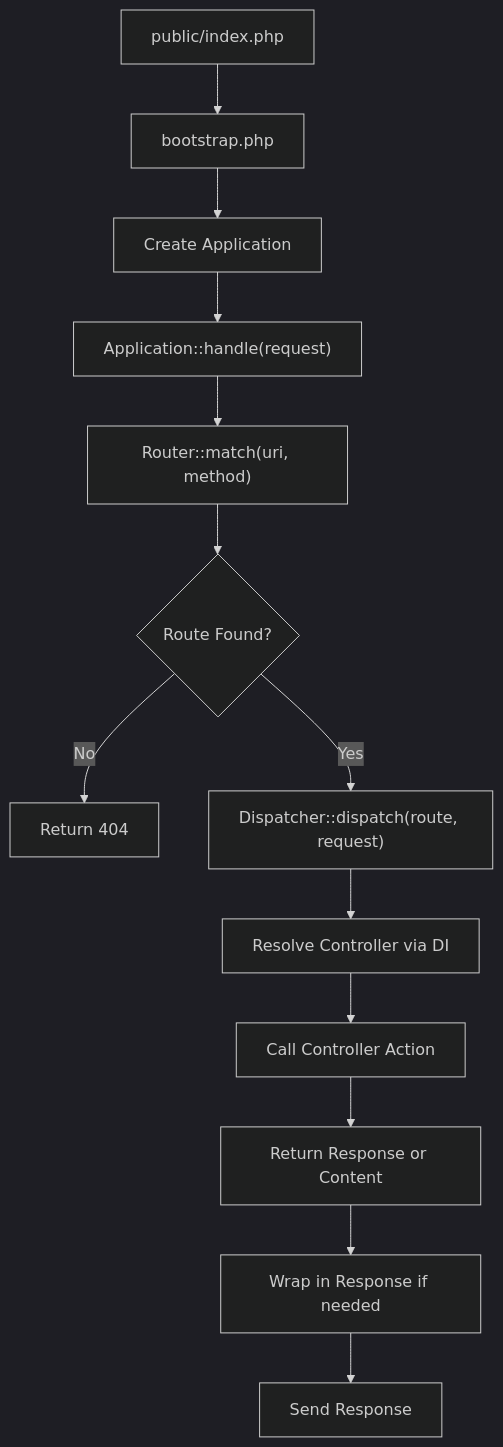
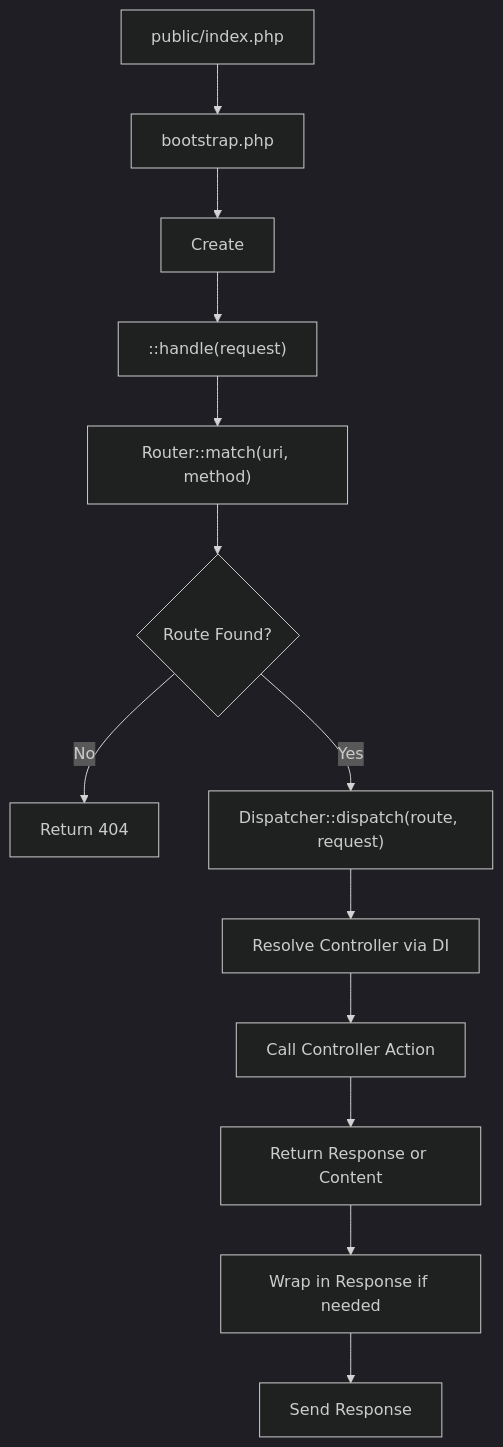
Before and after one commit to andrfilipenk/new: the first of 2 diagrams in .qoder/repowiki/en/content/Introduction.md, drawn with Mermaid (dark theme). The commit also changed other lines of this file and 44 other files, not shown here.

````diff
--- a/.qoder/repowiki/en/content/Introduction.md
+++ b/.qoder/repowiki/en/content/Introduction.md
@@ -77,15 +77,15 @@
 ```mermaid
 flowchart TD
 A["public/index.php"] --> B["bootstrap.php"]
-B --> C["Create Application"]
-C --> D["Application::handle(request)"]
+B --> C["Create "]
+C --> D["::handle(request)"]
 D --> E["Router::match(uri, method)"]
 E --> F{"Route Found?"}
 F --> |No| G["Return 404"]
 F --> |Yes| H["Dispatcher::dispatch(route, request)"]
 H --> I["Resolve Controller via DI"]
 I --> J["Call Controller Action"]
 J --> K["Return Response or Content"]
 K --> L["Wrap in Response if needed"]
 L --> M["Send Response"]
 ```
````
